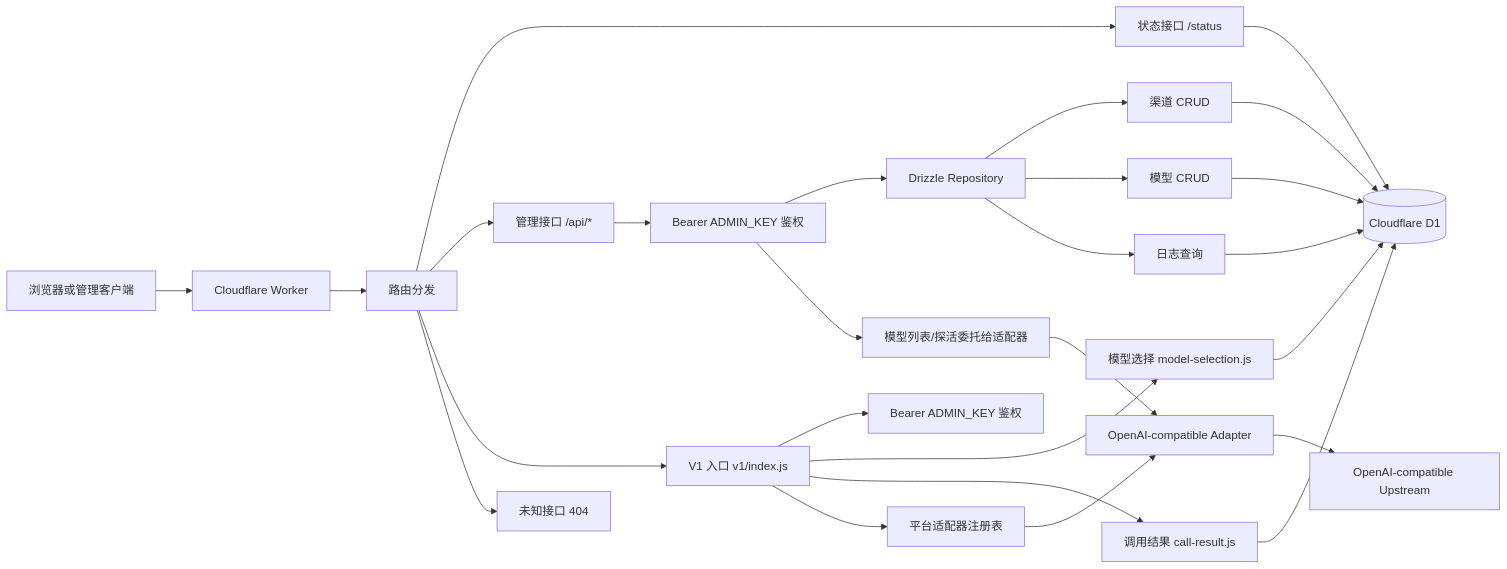
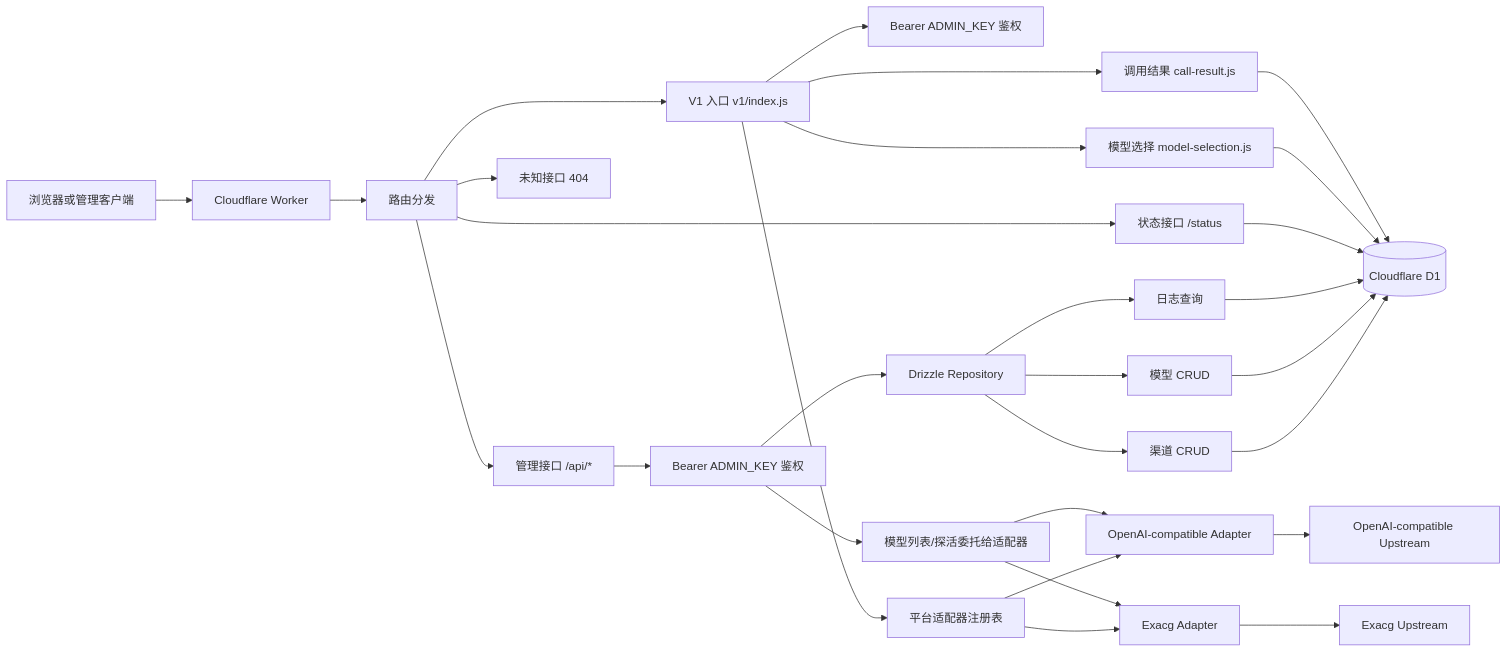
The second of 7 diagrams in DEVELOPMENT.md (excing/open-ai-gateway), drawn with Mermaid before and after one commit. The commit also changed other lines of this file and 4 other files, not shown here.

First line of the commit message:
feat: migrate Exacg into v1 adapter registry

````diff
--- a/DEVELOPMENT.md
+++ b/DEVELOPMENT.md
@@ -78,28 +78,31 @@
 ```mermaid
 graph LR
     Client[浏览器或管理客户端] --> Worker[Cloudflare Worker]
     Worker --> Router[路由分发]
     Router --> Status[状态接口 /status]
     Router --> Admin[管理接口 /api/*]
     Router --> V1[V1 入口 v1/index.js]
     Router --> NotFound[未知接口 404]
     Admin --> Auth[Bearer ADMIN_KEY 鉴权]
     V1 --> V1Auth[Bearer ADMIN_KEY 鉴权]
     V1 --> Selection[模型选择 model-selection.js]
     V1 --> Result[调用结果 call-result.js]
     V1 --> Registry[平台适配器注册表]
     Registry --> OpenAICompat[OpenAI-compatible Adapter]
+    Registry --> ExacgAdapter[Exacg Adapter]
     Auth --> Repo[Drizzle Repository]
     Repo --> Channel[渠道 CRUD]
     Repo --> Model[模型 CRUD]
     Repo --> Logs[日志查询]
     Auth --> Upstream[模型列表/探活委托给适配器]
     Channel --> D1[(Cloudflare D1)]
     Model --> D1
     Logs --> D1
     Status --> D1
     Selection --> D1
     Result --> D1
     OpenAICompat --> Provider[OpenAI-compatible Upstream]
+    ExacgAdapter --> ExacgProvider[Exacg Upstream]
     Upstream --> OpenAICompat
+    Upstream --> ExacgAdapter
 ```
````
